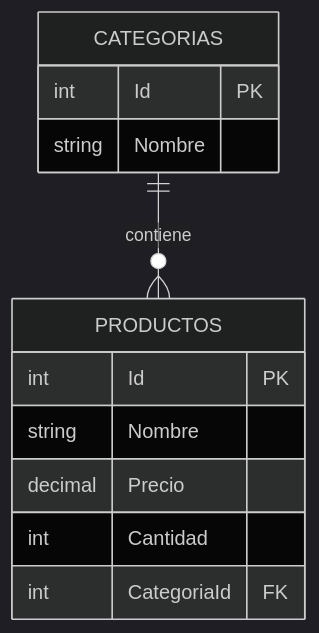
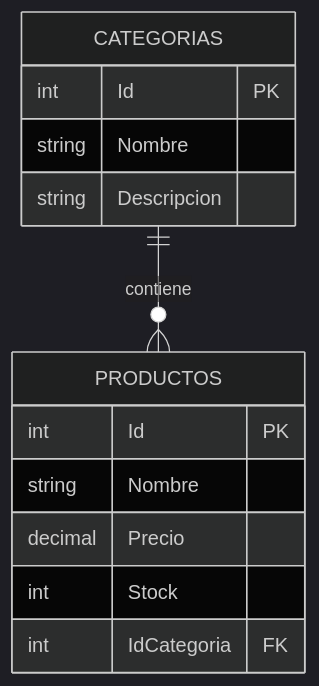
Before and after one commit to mikep-png/tienda-de-barrio: the diagram in README.md, drawn with Mermaid (dark theme). The commit also changed other lines of this file, not shown here.

````diff
--- a/README.md
+++ b/README.md
@@ -179,17 +212,18 @@
 ```mermaid
 erDiagram
     CATEGORIAS ||--o{ PRODUCTOS : contiene
 
     CATEGORIAS {
         int Id PK
         string Nombre
+        string Descripcion
     }
 
     PRODUCTOS {
         int Id PK
         string Nombre
         decimal Precio
-        int Cantidad
-        int CategoriaId FK
+        int Stock
+        int IdCategoria FK
     }
 ```
````
